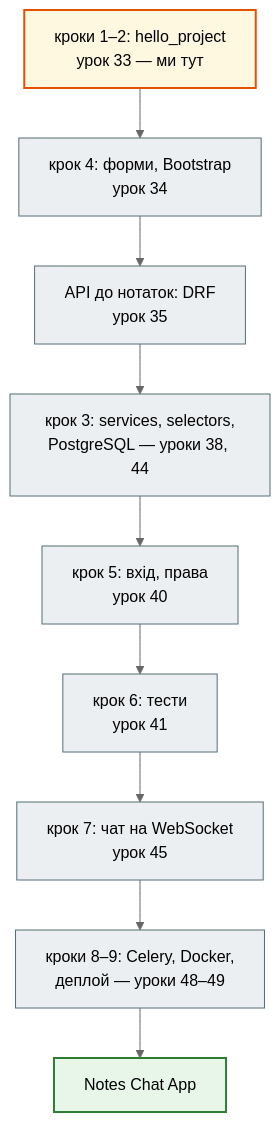
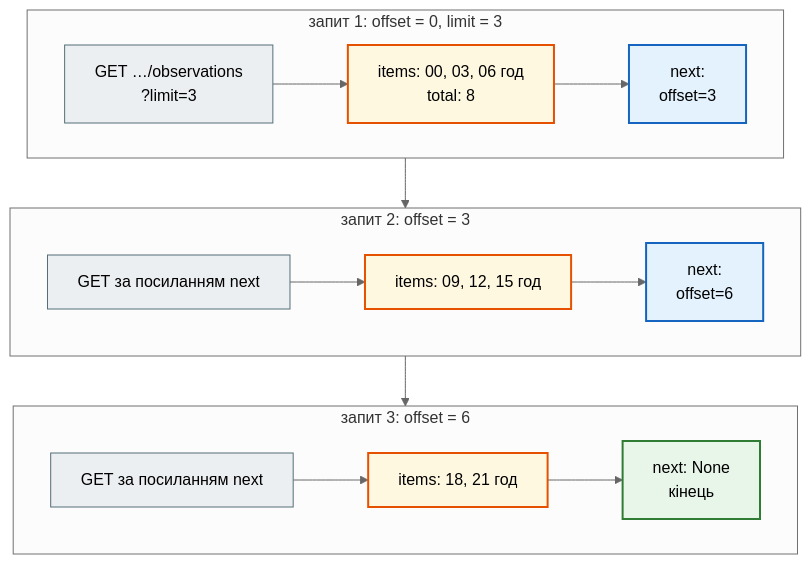
The fifth of 7 diagrams in docs/modules/m4/lesson_33.md (AlinaRadchenko/PY-Course-Victor-Nikoriak-22-09-2026), drawn with Mermaid (neutral theme) before and after one commit. The commit also changed other lines of this file and 1846 other files, not shown here.

````diff
--- a/docs/modules/m4/lesson_33.md
+++ b/docs/modules/m4/lesson_33.md
@@ -664,21 +594,27 @@
 ```mermaid
 flowchart TD
     classDef step     fill:#eceff1,stroke:#546e7a,stroke-width:1px;
     classDef decision fill:#e3f2fd,stroke:#1565c0,stroke-width:2px;
     classDef success  fill:#e8f5e9,stroke:#2e7d32,stroke-width:2px;
     classDef error    fill:#ffebee,stroke:#c62828,stroke-width:3px;
     classDef warning  fill:#fff8e1,stroke:#e65100,stroke-width:2px;
 
-    K12["кроки 1–2: hello_project<br>урок 33 — ми тут"] --> K4["крок 4: форми, Bootstrap<br>урок 34"]
-    K4 --> API["API до нотаток: DRF<br>урок 35"]
-    API --> K3["крок 3: services, selectors,<br>PostgreSQL — уроки 38, 44"]
-    K3 --> K5["крок 5: вхід, права<br>урок 40"]
-    K5 --> K6["крок 6: тести<br>урок 41"]
-    K6 --> K7["крок 7: чат на WebSocket<br>урок 45"]
-    K7 --> K89["кроки 8–9: Celery, Docker,<br>деплой — уроки 48–49"]
-    K89 --> FIN["Notes Chat App"]
+    subgraph P1["запит 1: offset = 0, limit = 3"]
+        direction LR
+        A1["GET …/observations<br>?limit=3"] --> B1["items: 00, 03, 06 год<br>total: 8"] --> C1["next:<br>offset=3"]
+    end
+    subgraph P2["запит 2: offset = 3"]
+        direction LR
+        A2["GET за посиланням next"] --> B2["items: 09, 12, 15 год"] --> C2["next:<br>offset=6"]
+    end
+    subgraph P3["запит 3: offset = 6"]
+        direction LR
+        A3["GET за посиланням next"] --> B3["items: 18, 21 год"] --> C3["next: None<br>кінець"]
+    end
+    P1 --> P2 --> P3
 
-    class K12 warning
-    class K4,API,K3,K5,K6,K7,K89 step
-    class FIN success
+    class A1,A2,A3 step
+    class B1,B2,B3 warning
+    class C1,C2 decision
+    class C3 success
 ```
````
